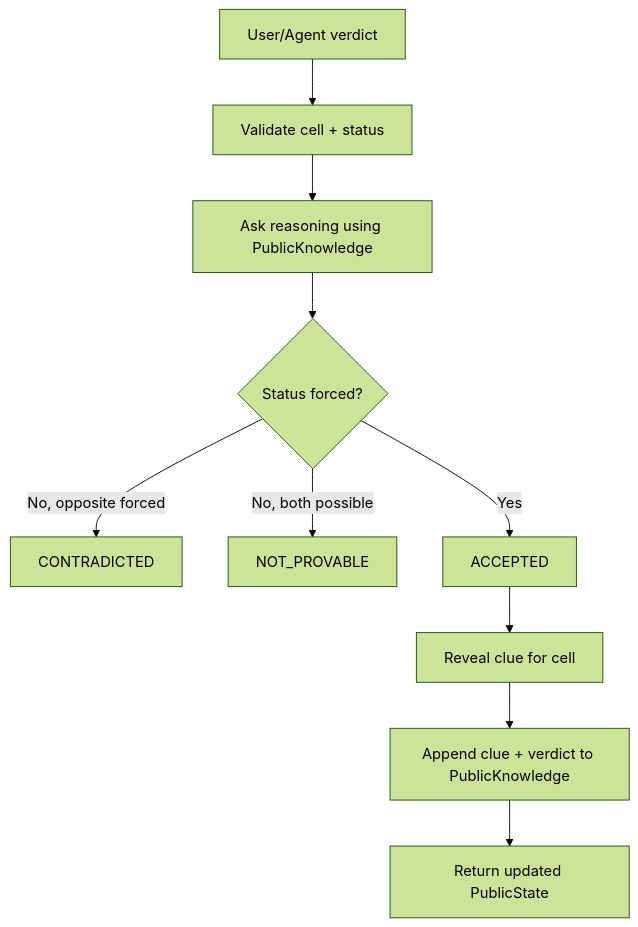
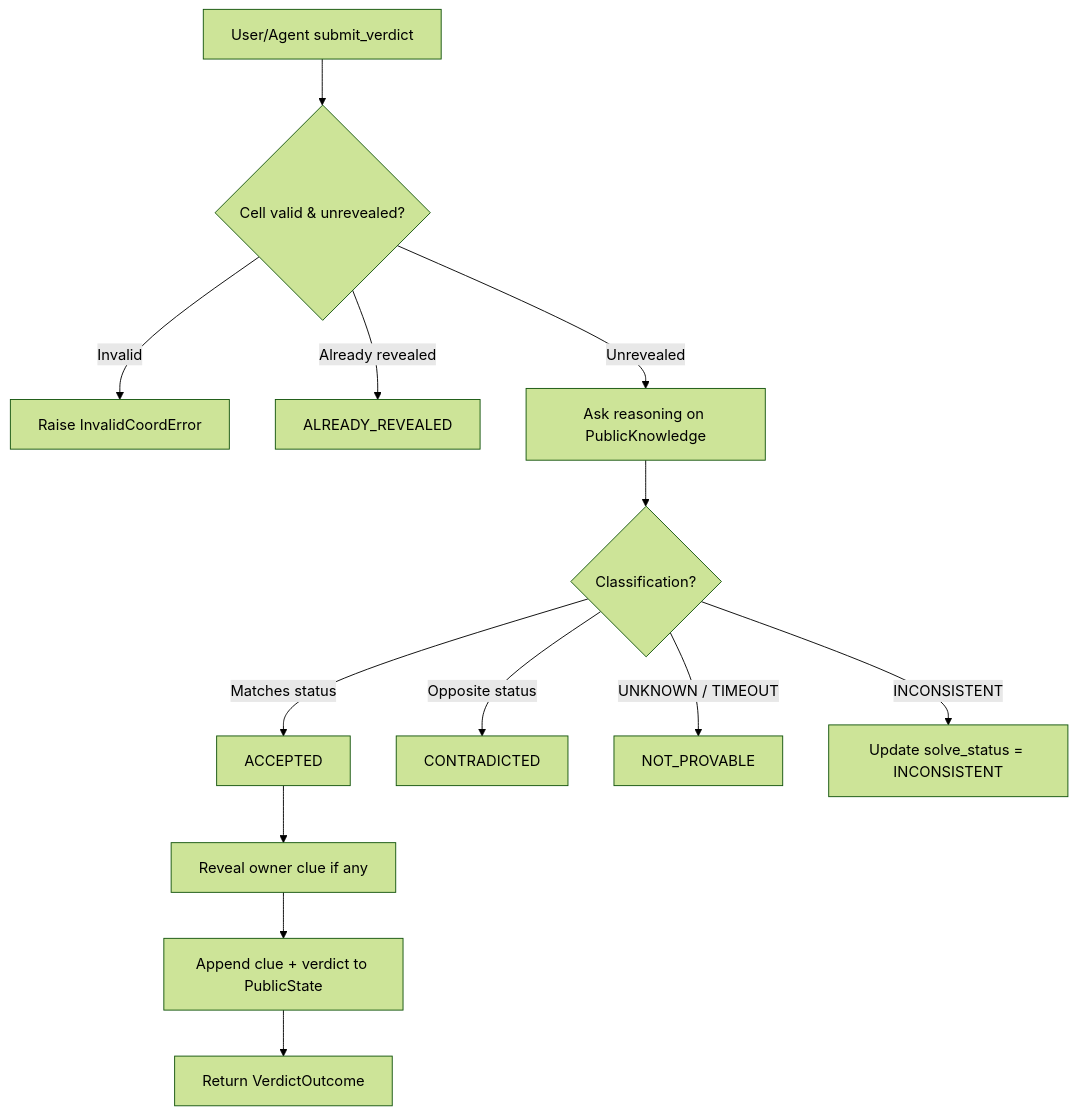
Before and after one commit to vannguyn/Griductive-Solver: diagram 13 of 18 in Workflow.md, drawn with Mermaid (forest theme). The commit also changed other lines of this file, not shown here.

Commit message:
docs(workflow): replace HTTP API with GameSession/PyQt6 flow and sync contracts

````diff
--- a/Workflow.md
+++ b/Workflow.md
@@ -523,12 +549,15 @@
 ```mermaid
 flowchart TD
-    A[User/Agent verdict] --> B[Validate cell + status]
-    B --> C[Ask reasoning using PublicKnowledge]
-    C --> D{Status forced?}
-    D -- No, opposite forced --> E[CONTRADICTED]
-    D -- No, both possible --> F[NOT_PROVABLE]
-    D -- Yes --> G[ACCEPTED]
-    G --> H[Reveal clue for cell]
-    H --> I[Append clue + verdict to PublicKnowledge]
-    I --> J[Return updated PublicState]
+    A[User/Agent submit_verdict] --> B{Cell valid & unrevealed?}
+    B -- Invalid --> ERR[Raise InvalidCoordError]
+    B -- Already revealed --> AR[ALREADY_REVEALED]
+    B -- Unrevealed --> C[Ask reasoning on PublicKnowledge]
+    C --> D{Classification?}
+    D -- Matches status --> G[ACCEPTED]
+    D -- Opposite status --> E[CONTRADICTED]
+    D -- UNKNOWN / TIMEOUT --> F[NOT_PROVABLE]
+    D -- INCONSISTENT --> INC[Update solve_status = INCONSISTENT]
+    G --> H[Reveal owner clue if any]
+    H --> I[Append clue + verdict to PublicState]
+    I --> J[Return VerdictOutcome]
 ```
````
